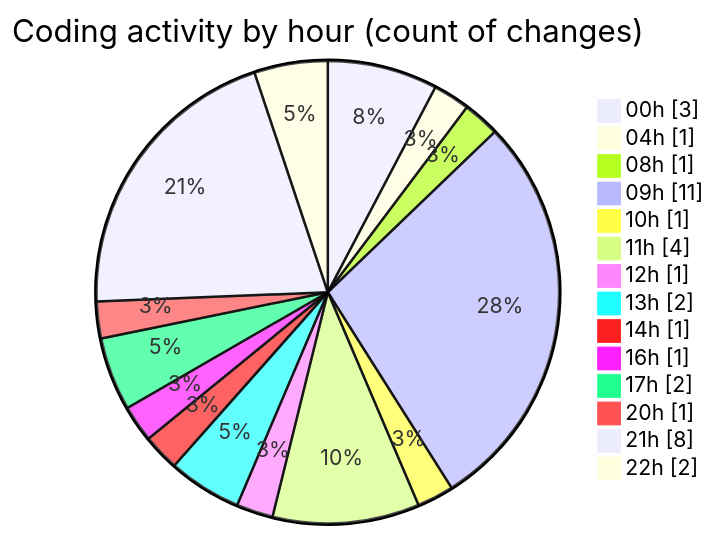
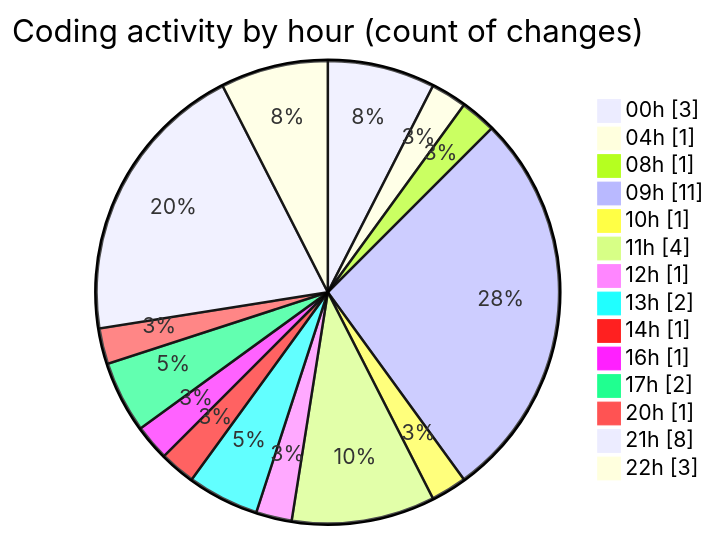
One commit to tmsrecording-cyber/code-tracking changed the second of 2 diagrams in 2026-02-03/singularitybrainai/README.md. Above: the diagram before and after it, drawn with Mermaid. The commit also changed other lines of this file and 1 other file, not shown here.

````diff
--- a/2026-02-03/singularitybrainai/README.md
+++ b/2026-02-03/singularitybrainai/README.md
@@ -34,18 +34,18 @@
 ```mermaid
 pie showData
 title Coding activity by hour (count of changes)
 "00h" : 3
 "04h" : 1
 "08h" : 1
 "09h" : 11
 "10h" : 1
 "11h" : 4
 "12h" : 1
 "13h" : 2
 "14h" : 1
 "16h" : 1
 "17h" : 2
 "20h" : 1
 "21h" : 8
-"22h" : 2
+"22h" : 3
 ```
````
